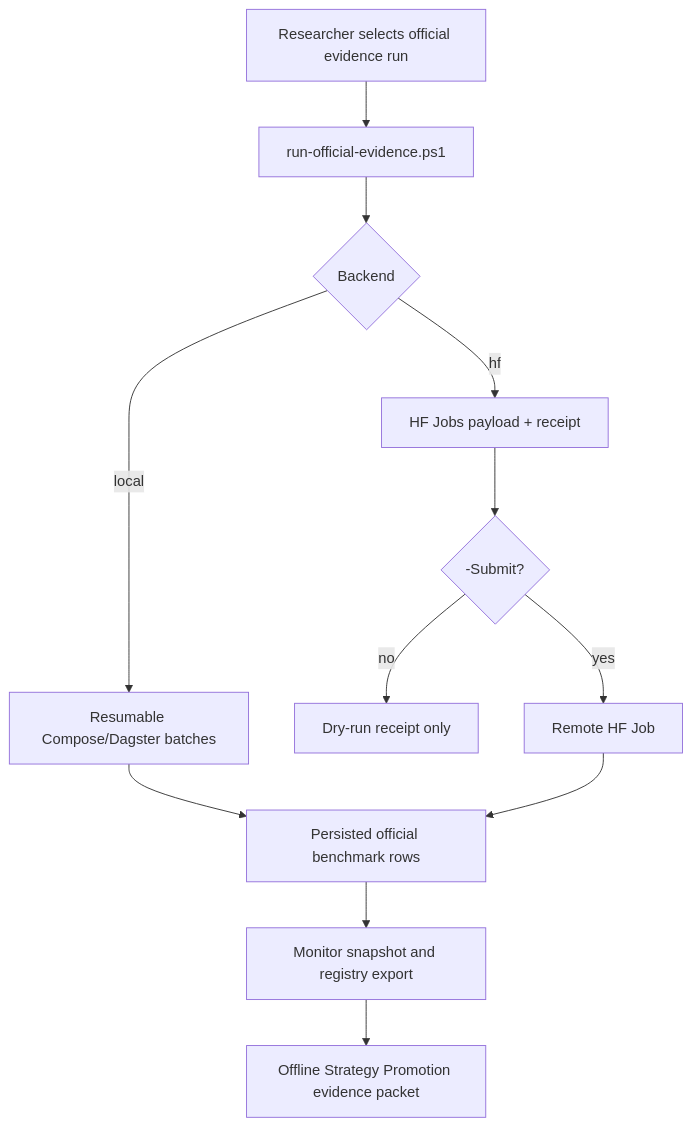
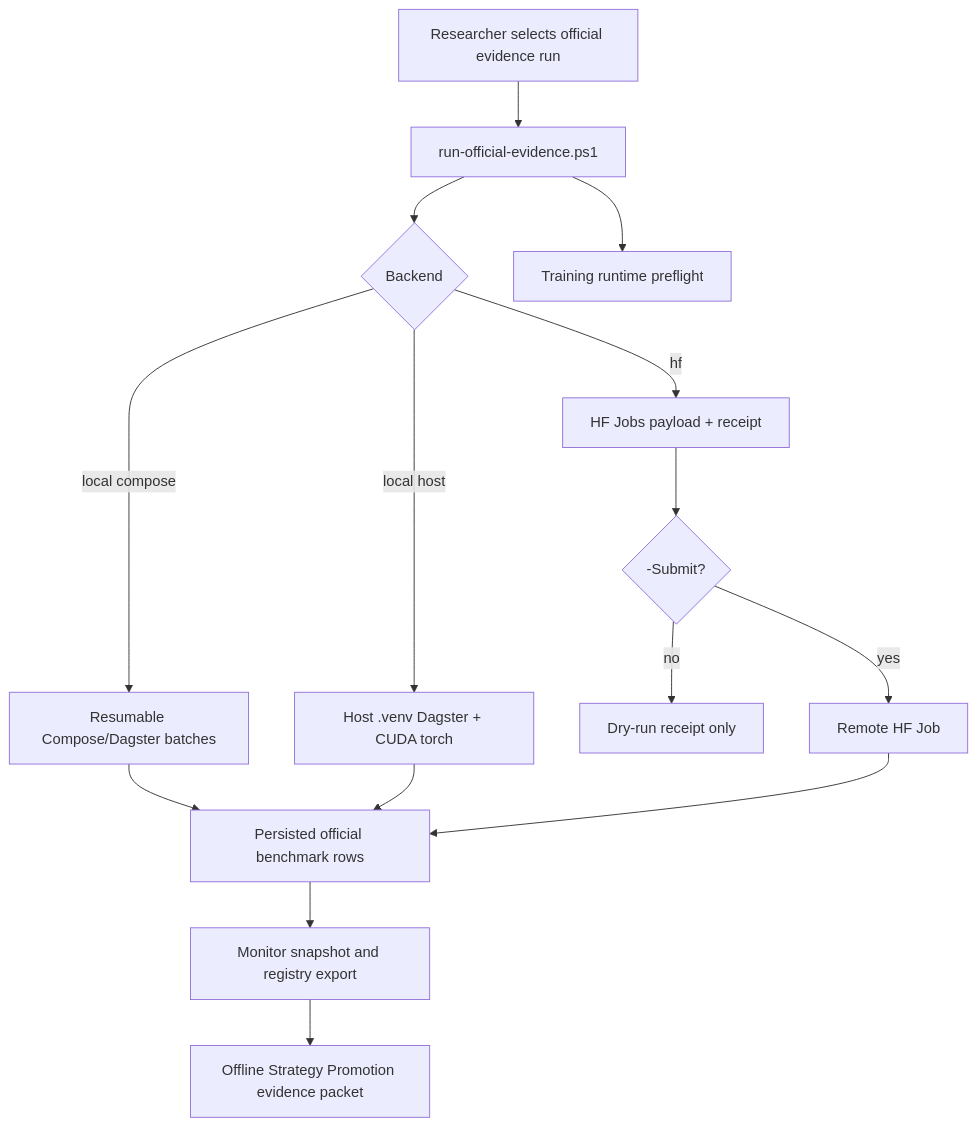
One commit to ilyafefelov/Diploma changed the second of 2 diagrams in docs/thesis/chapters/03-Methodology.md. Above: the diagram before and after it, drawn with Mermaid. The commit also changed other lines of this file and 10 other files, not shown here.

Commit message:
forecasting: add host cuda official evidence mode

````diff
--- a/docs/thesis/chapters/03-Methodology.md
+++ b/docs/thesis/chapters/03-Methodology.md
@@ -104,14 +109,17 @@
 ```mermaid
 flowchart TD
   A["Researcher selects official evidence run"] --> B["run-official-evidence.ps1"]
   B --> C{"Backend"}
-  C -->|"local"| D["Resumable Compose/Dagster batches"]
+  C -->|"local compose"| D["Resumable Compose/Dagster batches"]
+  C -->|"local host"| L["Host .venv Dagster + CUDA torch"]
   C -->|"hf"| E["HF Jobs payload + receipt"]
+  B --> P["Training runtime preflight"]
   E --> F{"-Submit?"}
   F -->|"no"| G["Dry-run receipt only"]
   F -->|"yes"| H["Remote HF Job"]
   D --> I["Persisted official benchmark rows"]
+  L --> I
   H --> I
   I --> J["Monitor snapshot and registry export"]
   J --> K["Offline Strategy Promotion evidence packet"]
 ```
````
